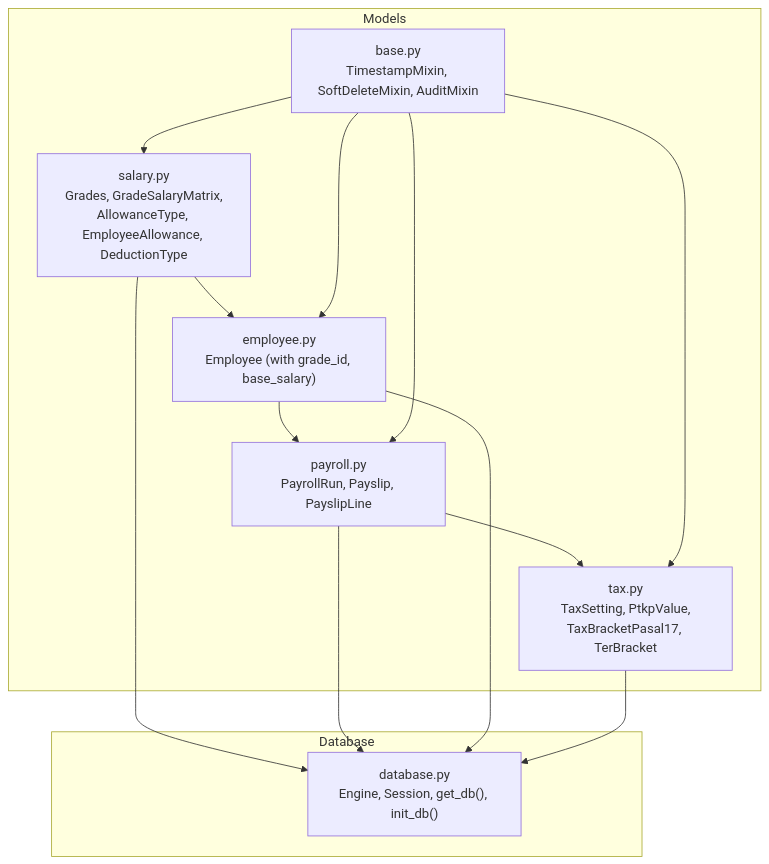
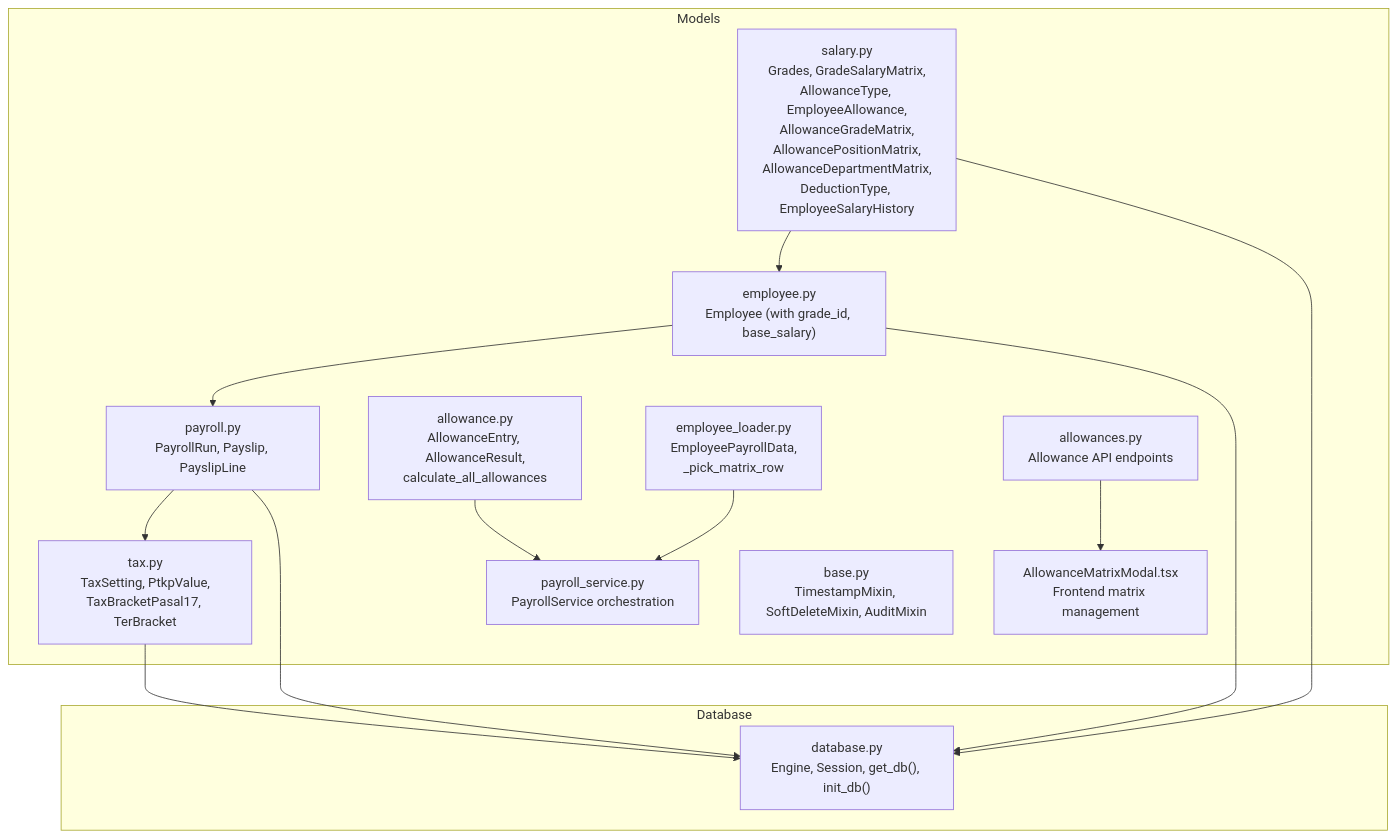
One commit to bikinaplikasipakeqoder-dot/payroll-hris changed the first of 4 diagrams in .qoder/repowiki/en/content/Salary & Compensation.md. Above: the diagram before and after it, drawn with Mermaid. The commit also changed other lines of this file and 22 other files, not shown here.

Commit message:
feat: show monthly attendance summary per employee with detail modal

````diff
--- a/.qoder/repowiki/en/content/Salary & Compensation.md
+++ b/.qoder/repowiki/en/content/Salary & Compensation.md
@@ -32,24 +45,28 @@
 ```mermaid
 graph TB
 subgraph "Models"
-S["salary.py<br/>Grades, GradeSalaryMatrix,<br/>AllowanceType, EmployeeAllowance, DeductionType"]
+S["salary.py<br/>Grades, GradeSalaryMatrix,<br/>AllowanceType, EmployeeAllowance,<br/>AllowanceGradeMatrix,<br/>AllowancePositionMatrix,<br/>AllowanceDepartmentMatrix,<br/>DeductionType, EmployeeSalaryHistory"]
 P["payroll.py<br/>PayrollRun, Payslip, PayslipLine"]
 E["employee.py<br/>Employee (with grade_id, base_salary)"]
 T["tax.py<br/>TaxSetting, PtkpValue,<br/>TaxBracketPasal17, TerBracket"]
+A["allowance.py<br/>AllowanceEntry, AllowanceResult,<br/>calculate_all_allowances"]
+EL["employee_loader.py<br/>EmployeePayrollData,<br/>_pick_matrix_row"]
+PS["payroll_service.py<br/>PayrollService orchestration"]
+AR["allowances.py<br/>Allowance API endpoints"]
+AM["AllowanceMatrixModal.tsx<br/>Frontend matrix management"]
 B["base.py<br/>TimestampMixin, SoftDeleteMixin, AuditMixin"]
 end
 subgraph "Database"
 D["database.py<br/>Engine, Session, get_db(), init_db()"]
 end
 S --> E
 E --> P
 P --> T
 S --> D
 P --> D
 E --> D
 T --> D
-B --> S
-B --> P
-B --> E
-B --> T
+A --> PS
+EL --> PS
+AR --> AM
 ```
````
